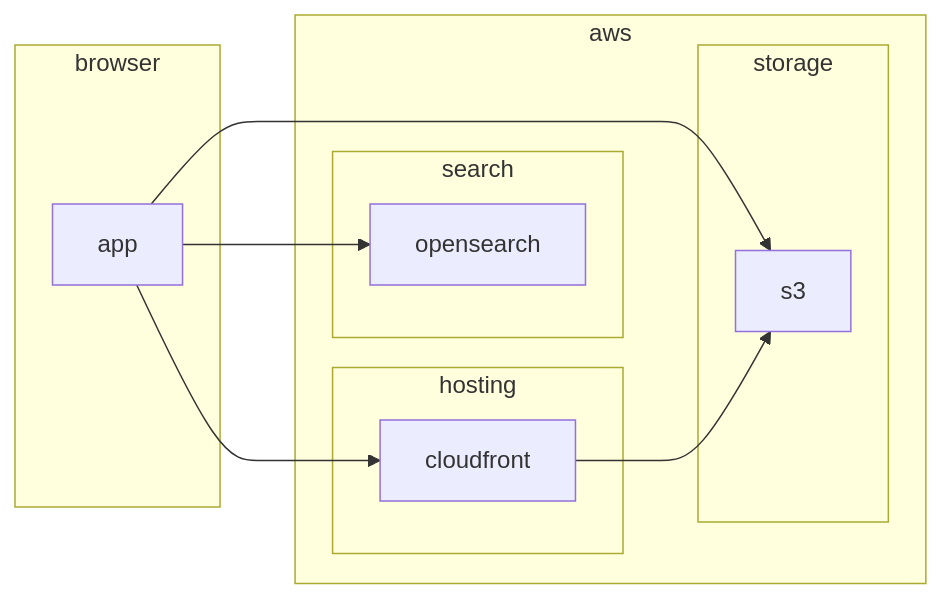
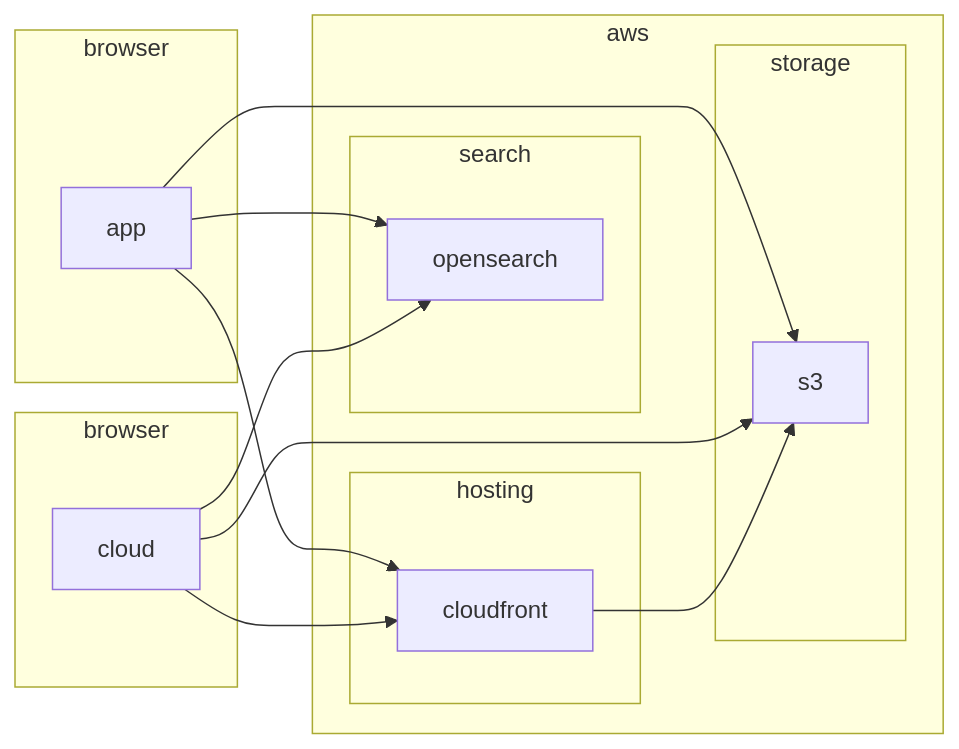
One commit to rollthecloudinc/quell changed the diagram in architecture/rollthecloud/cloud.md. Above: the diagram before and after it, drawn with Mermaid.

````diff
--- a/architecture/rollthecloud/cloud.md
+++ b/architecture/rollthecloud/cloud.md
@@ -1,18 +1,24 @@
 ```mermaid
 flowchart LR;
  subgraph browser
  app
  end
+ subgraph browser2[browser]
+ cloud
+ end
  subgraph aws
  subgraph search
  app-->opensearch
+ cloud-->opensearch
  end
  subgraph storage
  app-->s3
+ cloud-->s3
  end
  subgraph hosting
  cloudfront-->s3
  app-->cloudfront
+ cloud-->cloudfront
  end
  end
 ```
````
